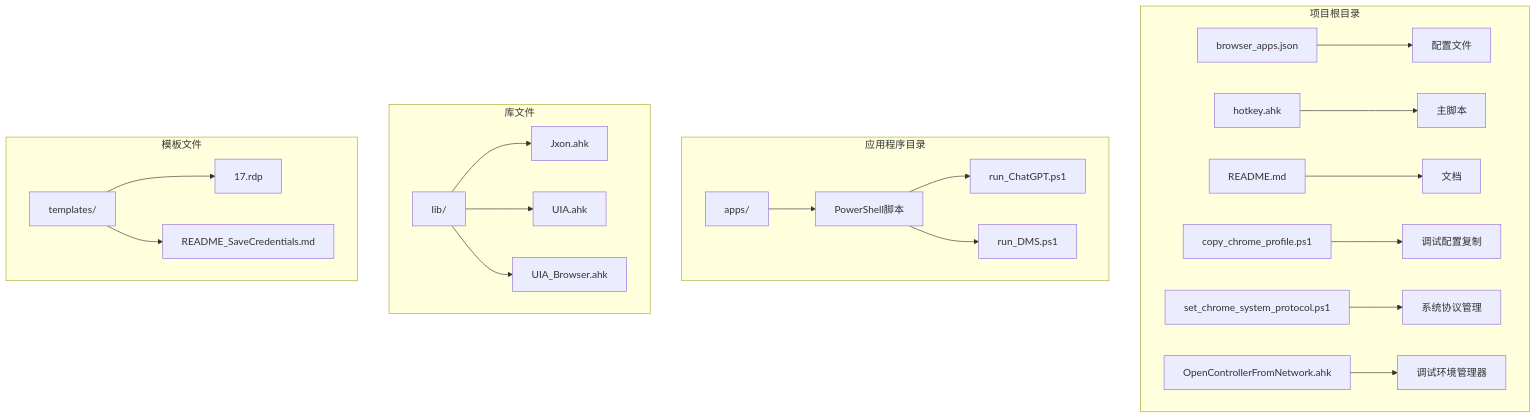
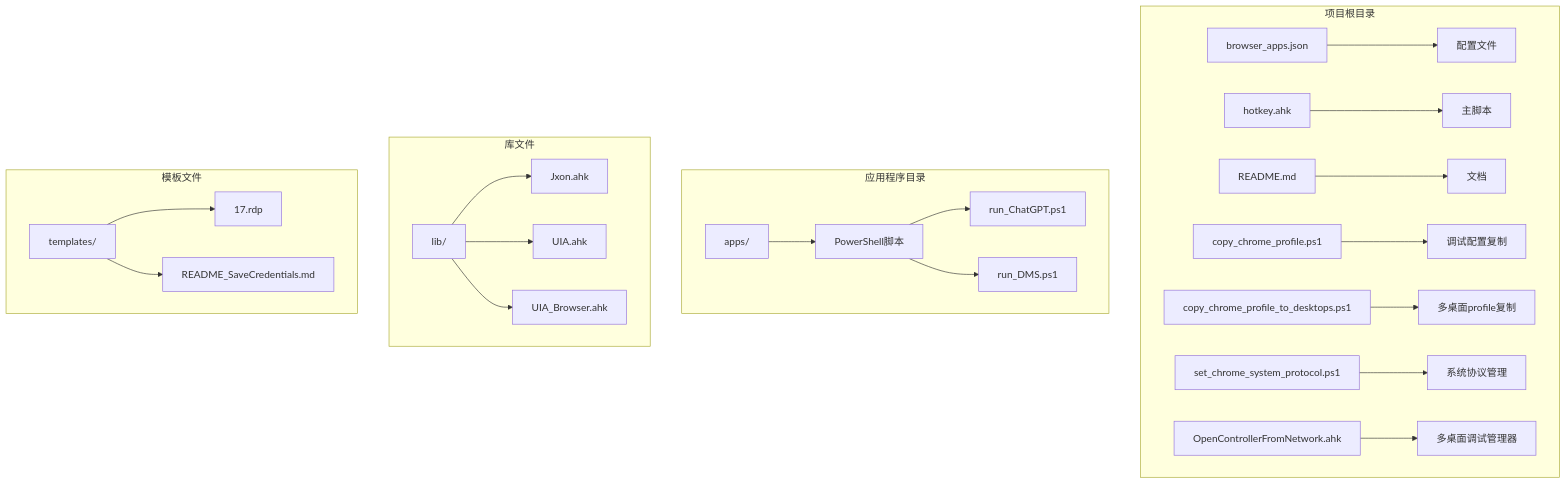
The first of 15 diagrams in .qoder/repowiki/zh/content/核心功能/浏览器应用管理.md (wangys-123doit/hotkey), drawn with Mermaid before and after one commit. The commit also changed other lines of this file and 21 other files, not shown here.

````diff
--- a/.qoder/repowiki/zh/content/核心功能/浏览器应用管理.md
+++ b/.qoder/repowiki/zh/content/核心功能/浏览器应用管理.md
@@ -60,25 +69,26 @@
 ```mermaid
 graph TB
 subgraph "项目根目录"
 A[browser_apps.json] --> B[配置文件]
 C[hotkey.ahk] --> D[主脚本]
 E[README.md] --> F[文档]
 G[copy_chrome_profile.ps1] --> H[调试配置复制]
-I[set_chrome_system_protocol.ps1] --> J[系统协议管理]
-K[OpenControllerFromNetwork.ahk] --> L[调试环境管理器]
+I[copy_chrome_profile_to_desktops.ps1] --> J[多桌面profile复制]
+K[set_chrome_system_protocol.ps1] --> L[系统协议管理]
+M[OpenControllerFromNetwork.ahk] --> N[多桌面调试管理器]
 end
 subgraph "应用程序目录"
-M[apps/] --> N[PowerShell脚本]
-N --> O[run_ChatGPT.ps1]
-N --> P[run_DMS.ps1]
+O[apps/] --> P[PowerShell脚本]
+P --> Q[run_ChatGPT.ps1]
+P --> R[run_DMS.ps1]
 end
 subgraph "库文件"
-Q[lib/] --> R[Jxon.ahk]
-Q --> S[UIA.ahk]
-Q --> T[UIA_Browser.ahk]
+S[lib/] --> T[Jxon.ahk]
+S --> U[UIA.ahk]
+S --> V[UIA_Browser.ahk]
 end
 subgraph "模板文件"
-U[templates/] --> V[17.rdp]
-U --> W[README_SaveCredentials.md]
+W[templates/] --> X[17.rdp]
+W --> Y[README_SaveCredentials.md]
 end
 ```
````
